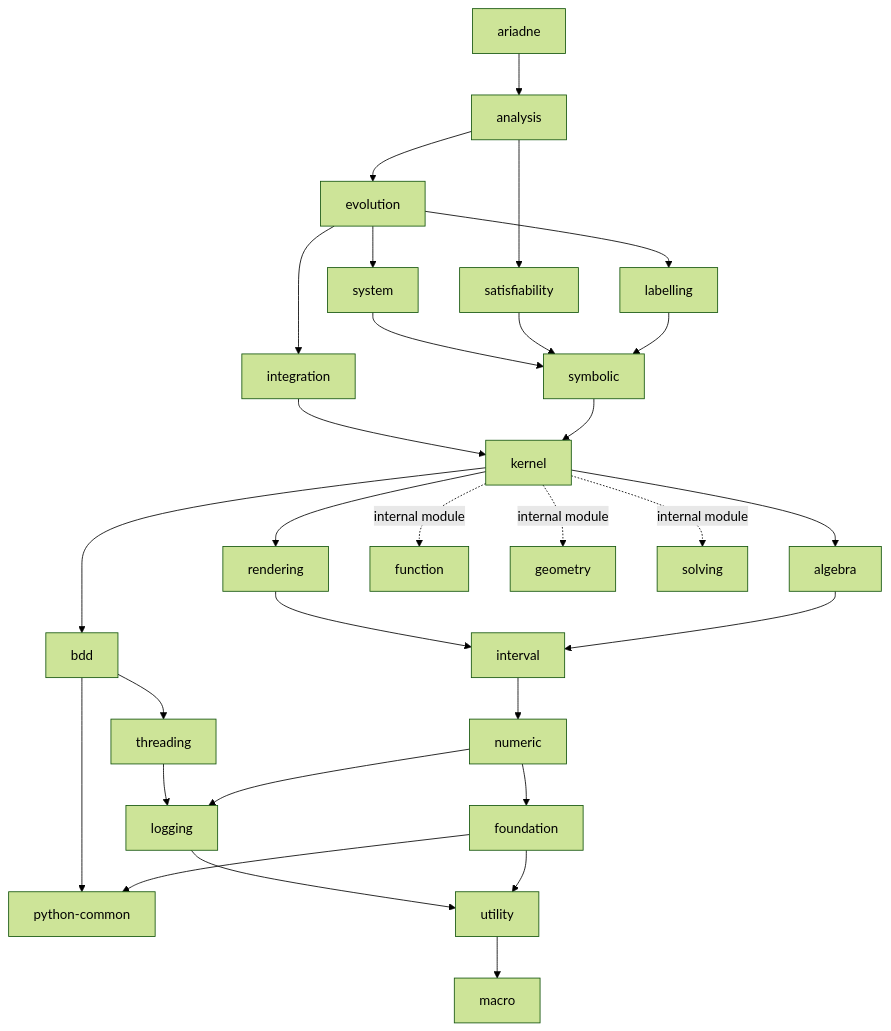
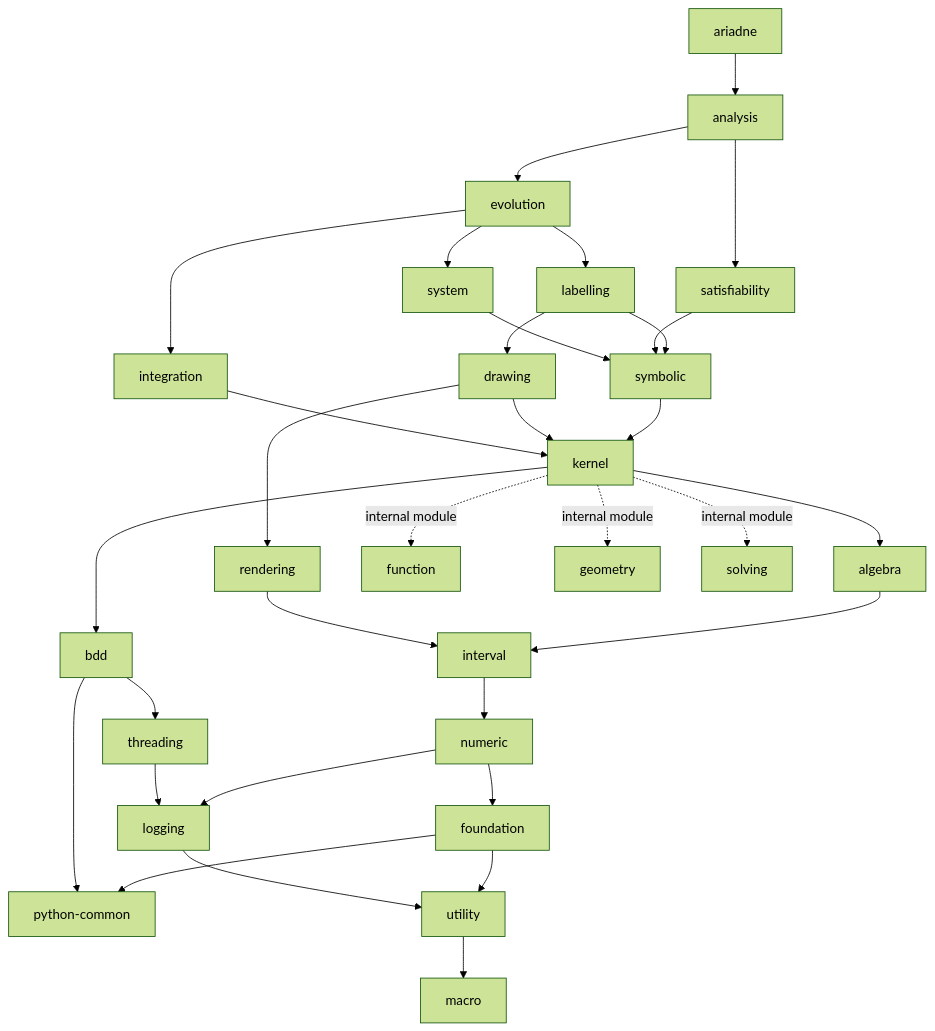
One commit to ariadne-cps/ariadne changed the diagram in doc/decoupling/structure.md. Above: the diagram before and after it, drawn with Mermaid (forest theme). The commit also changed other lines of this file, not shown here.

Commit message:
docs: move rendering under drawing

````diff
--- a/doc/decoupling/structure.md
+++ b/doc/decoupling/structure.md
@@ -37,45 +38,48 @@
 ```mermaid
 graph TD
     ariadne --> analysis
 
     analysis --> evolution
     analysis --> satisfiability
 
     evolution --> integration
     evolution --> system
     evolution --> labelling
 
     integration --> kernel
 
     system --> symbolic
 
     satisfiability --> symbolic
 
     labelling --> symbolic
+    labelling --> drawing
+
+    drawing --> rendering
+    drawing --> kernel
 
     symbolic --> kernel
 
     kernel --> bdd
     kernel --> algebra
-    kernel --> rendering
     rendering --> interval
 
     kernel -. internal module .-> function
     kernel -. internal module .-> geometry
     kernel -. internal module .-> solving
 
     bdd --> threading
     bdd --> python_common["python-common"]
 
     threading --> logging
     logging --> utility
     utility --> macro
 
     algebra --> interval
     interval --> numeric
     numeric --> foundation
     numeric --> logging
 
     foundation --> utility
     foundation --> python_common
 ```
````
